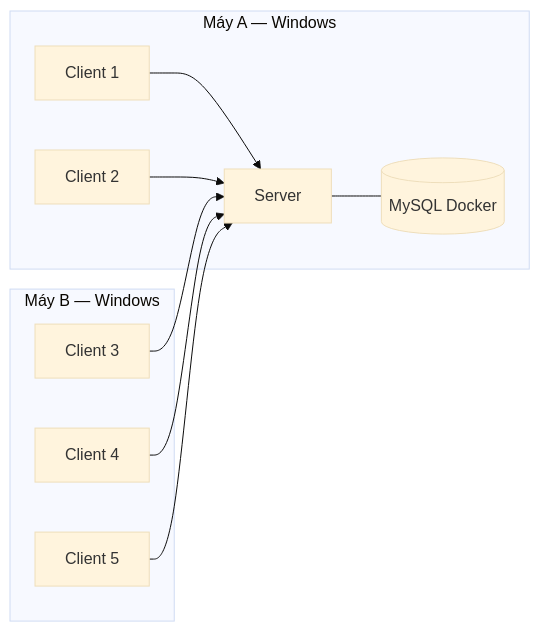
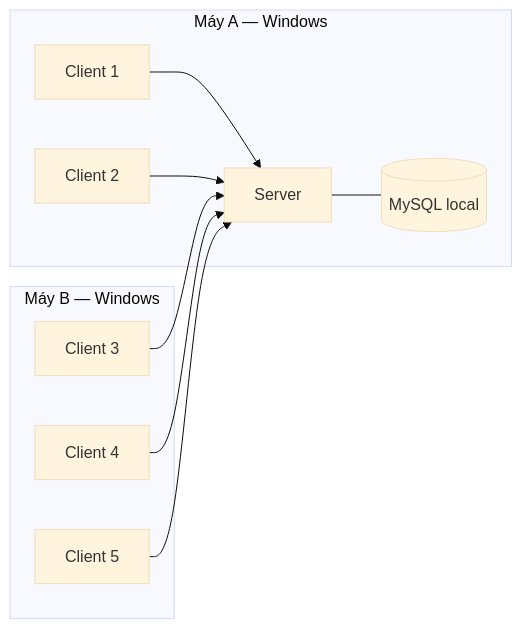
One commit to lequocdinhKt/5-lap-LTM changed the first of 2 diagrams in DEMO_TOPOLOGY.md. Above: the diagram before and after it, drawn with Mermaid (base theme). The commit also changed other lines of this file and 156 other files, not shown here.

Commit message:
Chuẩn hóa Lab 5 và chuyển sang MySQL local

````diff
--- a/DEMO_TOPOLOGY.md
+++ b/DEMO_TOPOLOGY.md
@@ -5,20 +5,20 @@
 ```mermaid
 flowchart LR
     subgraph A[Máy A — Windows]
         SA[Server]
-        DA[(MySQL Docker)]
+        DA[(MySQL local)]
         CA1[Client 1]
         CA2[Client 2]
         SA --- DA
     end
     subgraph B[Máy B — Windows]
         CB1[Client 3]
         CB2[Client 4]
         CB3[Client 5]
     end
     CA1 --> SA
     CA2 --> SA
     CB1 --> SA
     CB2 --> SA
     CB3 --> SA
 ```
````
